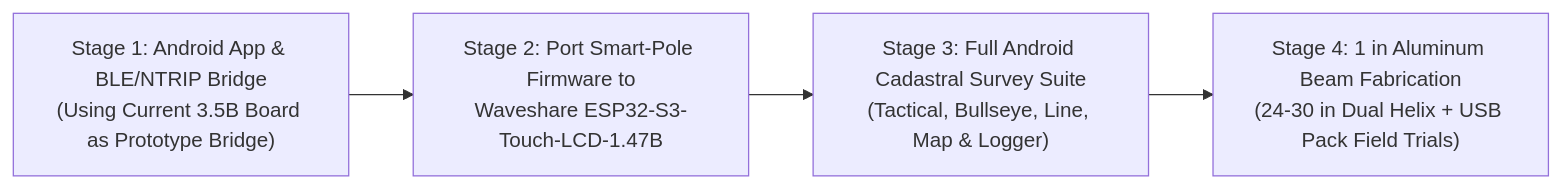
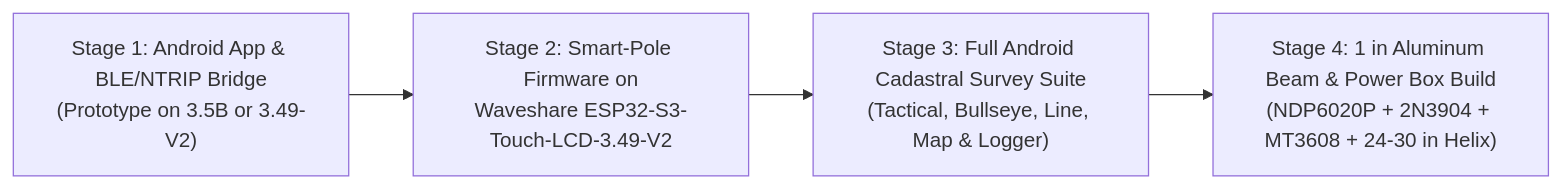
Before and after one commit to rguilmet/RTK-Rover: the fourth of 4 diagrams in docs/plan_smart_pole_and_android_app.md, drawn with Mermaid. The commit also changed other lines of this file and 1 other file, not shown here.

Commit message:
docs: Update Smart Pole plan (v2.1.0) for Waveshare 3.49-V2, 18650, NDP6020P + 2N3904 switch & MT3608

````diff
--- a/docs/plan_smart_pole_and_android_app.md
+++ b/docs/plan_smart_pole_and_android_app.md
@@ -279,6 +366,6 @@
 ```mermaid
 flowchart LR
-    Stage1["Stage 1: Android App & BLE/NTRIP Bridge\n(Using Current 3.5B Board as Prototype Bridge)"] --> Stage2["Stage 2: Port Smart-Pole Firmware to\nWaveshare ESP32-S3-Touch-LCD-1.47B"]
+    Stage1["Stage 1: Android App & BLE/NTRIP Bridge\n(Prototype on 3.5B or 3.49-V2)"] --> Stage2["Stage 2: Smart-Pole Firmware on\nWaveshare ESP32-S3-Touch-LCD-3.49-V2"]
     Stage2 --> Stage3["Stage 3: Full Android Cadastral Survey Suite\n(Tactical, Bullseye, Line, Map & Logger)"]
-    Stage3 --> Stage4["Stage 4: 1 in Aluminum Beam Fabrication\n(24-30 in Dual Helix + USB Pack Field Trials)"]
+    Stage3 --> Stage4["Stage 4: 1 in Aluminum Beam & Power Box Build\n(NDP6020P + 2N3904 + MT3608 + 24-30 in Helix)"]
 ```
````
